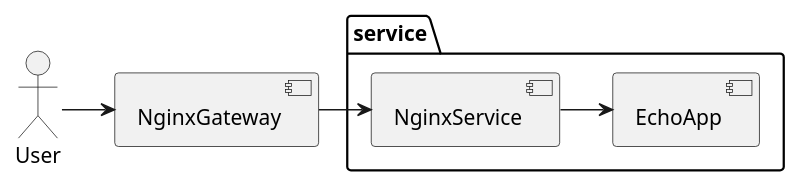
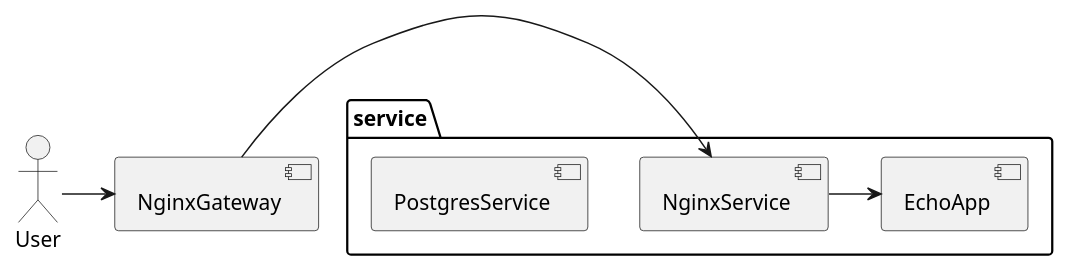
One commit to HoneyBebra/echo-rest-api changed the diagram in architecture/current_architecture.puml. Above: the diagram before and after it, drawn with PlantUML.

Commit message:
Update architecture

```diff
--- a/architecture/current_architecture.puml
+++ b/architecture/current_architecture.puml
@@ -1,13 +1,14 @@
 @startuml
 actor User
 component NginxGateway
 
 package "service" {
 component NginxService
 component EchoApp
+component PostgresService
 }
 
 User -> NginxGateway
 NginxGateway -> NginxService
 NginxService -> EchoApp
 @enduml
```
